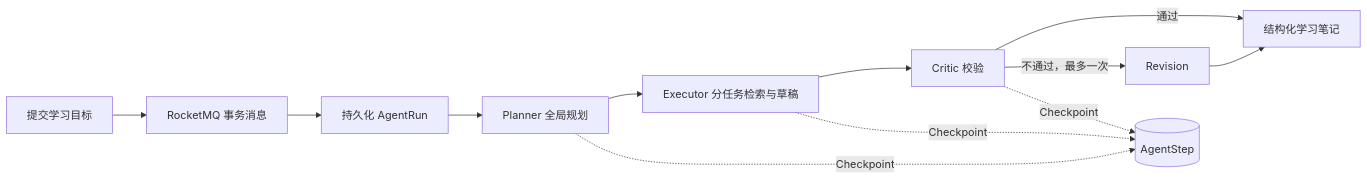
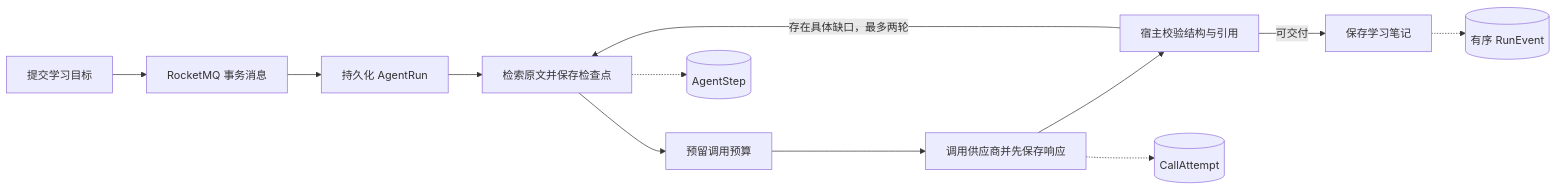
Before and after one commit to yumestk/VedioMind: the second of 2 diagrams in README.md, drawn with Mermaid. The commit also changed other lines of this file and 44 other files, not shown here.

Commit message:
feat(study): govern agent runs with durable call accounting

````diff
--- a/README.md
+++ b/README.md
@@ -172,14 +172,14 @@
 ```mermaid
 flowchart LR
     A[提交学习目标] --> B[RocketMQ 事务消息]
     B --> C[持久化 AgentRun]
-    C --> D[Planner 全局规划]
-    D --> E[Executor 分任务检索与草稿]
-    E --> F[Critic 校验]
-    F -->|通过| G[结构化学习笔记]
-    F -->|不通过，最多一次| H[Revision]
-    H --> G
-    D -. Checkpoint .-> I[(AgentStep)]
-    E -. Checkpoint .-> I
-    F -. Checkpoint .-> I
+    C --> D[检索原文并保存检查点]
+    D --> E[预留调用预算]
+    E --> F[调用供应商并先保存响应]
+    F --> G[宿主校验结构与引用]
+    G -->|可交付| H[保存学习笔记]
+    G -->|存在具体缺口，最多两轮| D
+    D -.-> I[(AgentStep)]
+    F -.-> J[(CallAttempt)]
+    H -.-> K[(有序 RunEvent)]
 ```
````
